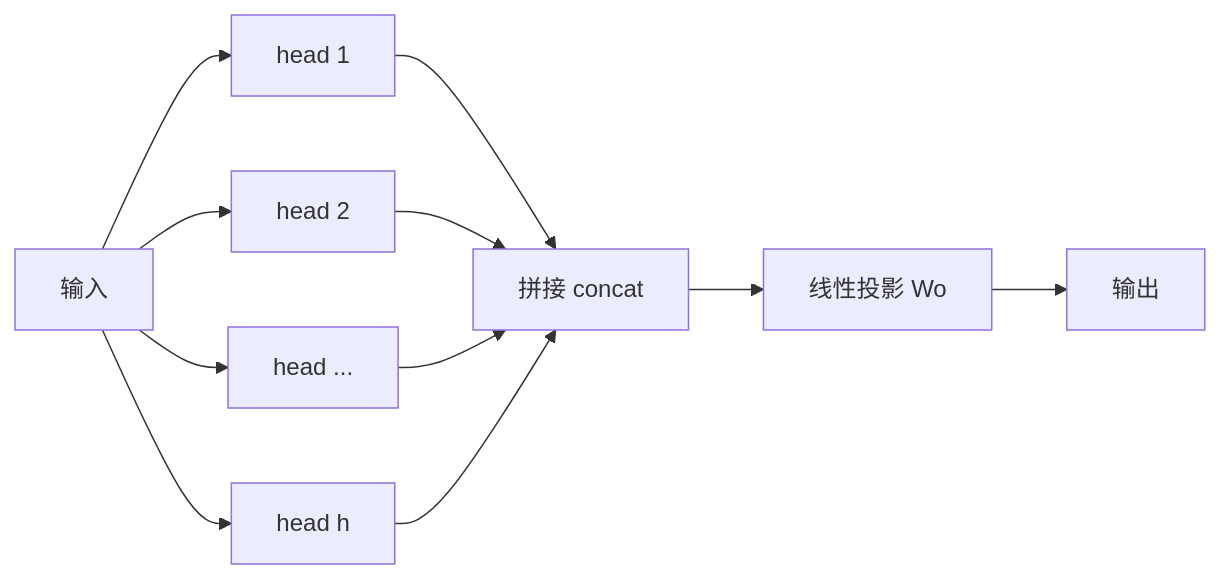
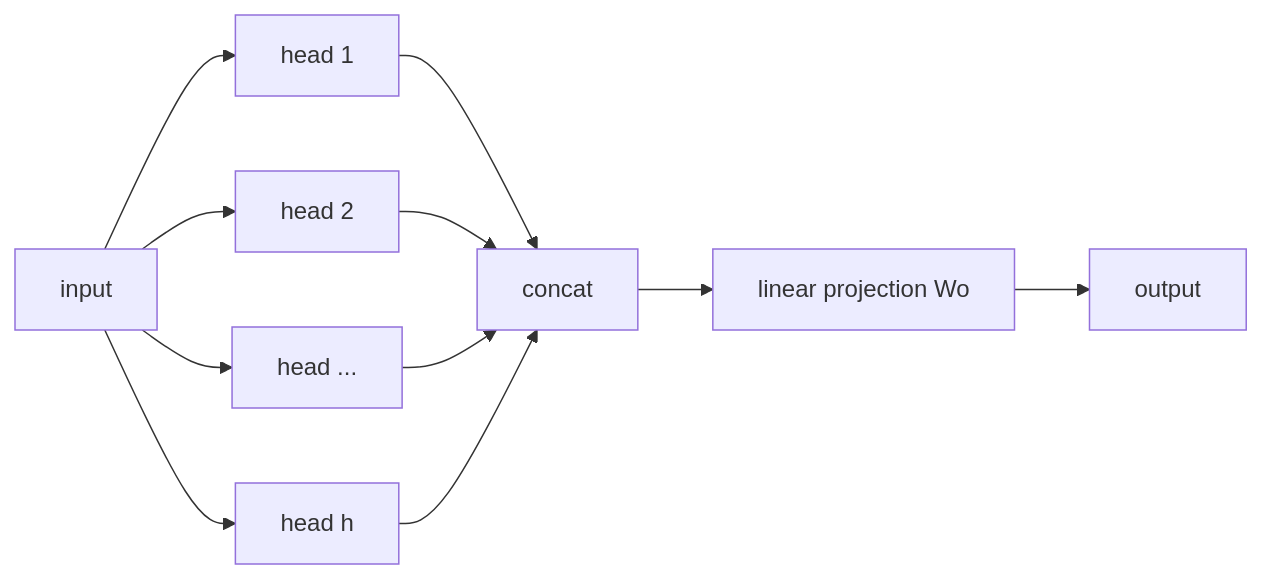
One commit to Alas129/transformer-playground changed the fifth of 23 diagrams in docs/diagrams.md. Above: the diagram before and after it, drawn with Mermaid. The commit also changed other lines of this file, not shown here.

Commit message:
updated diagrams

````diff
--- a/docs/diagrams.md
+++ b/docs/diagrams.md
@@ -100,13 +112,13 @@
 ```mermaid
 flowchart LR
-    X[输入] --> H1[head 1]
+    X[input] --> H1[head 1]
     X --> H2[head 2]
     X --> H3[head ...]
     X --> H4[head h]
-    H1 --> C[拼接 concat]
+    H1 --> C[concat]
     H2 --> C
     H3 --> C
     H4 --> C
-    C --> P[线性投影 Wo]
-    P --> Y[输出]
+    C --> P[linear projection Wo]
+    P --> Y[output]
 ```
````
